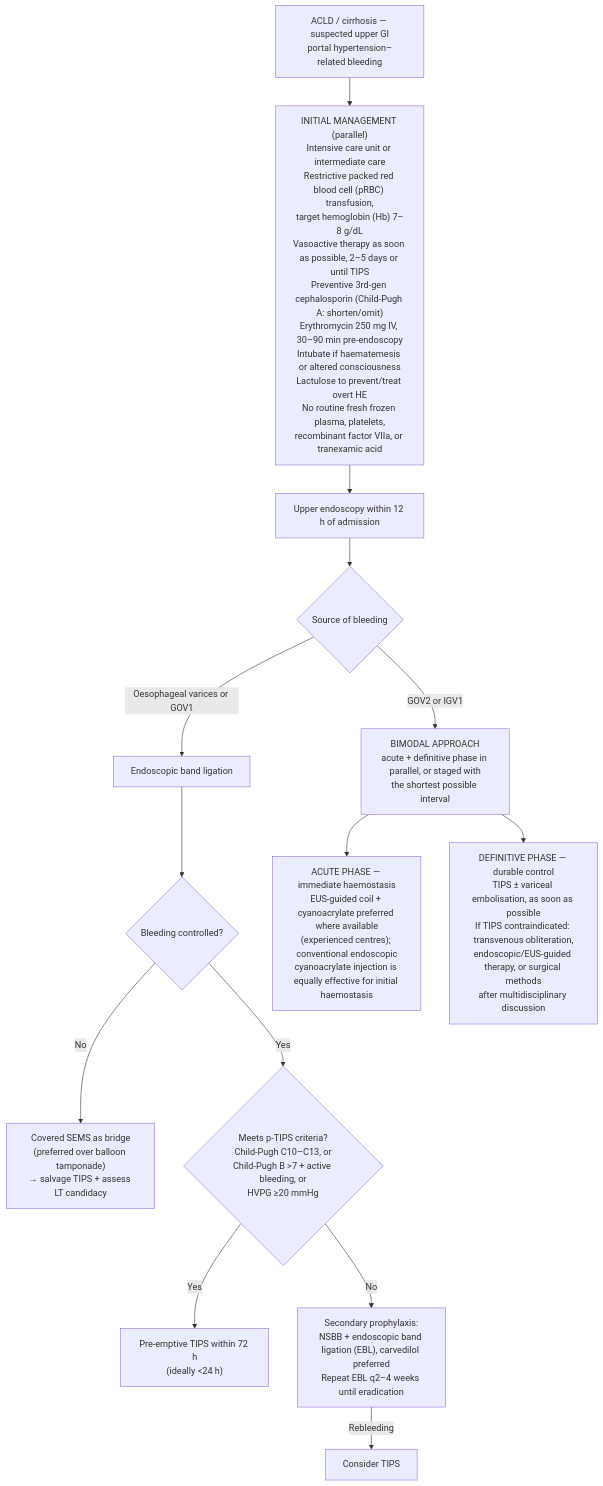
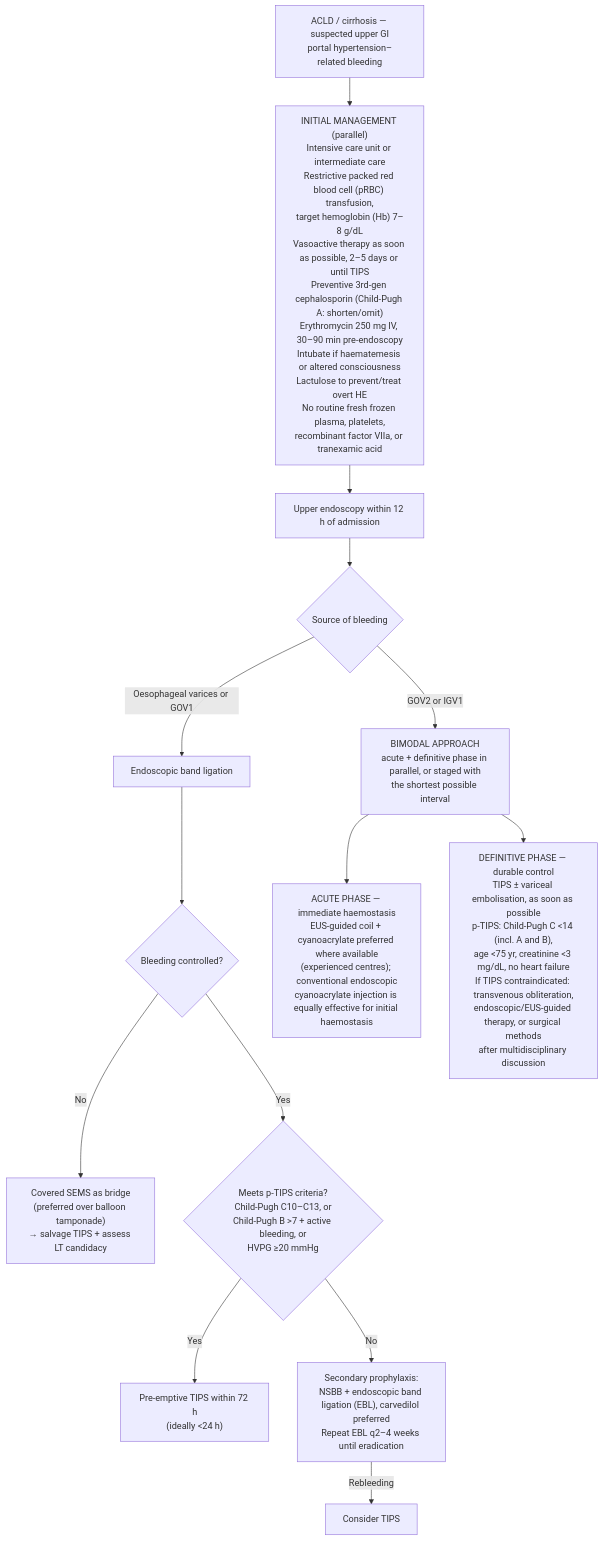
Before and after one commit to KHNickLeMD/KHNL-GI-Wiki: the first of 2 diagrams in KHNL-GI-Wiki/wiki/sources/baveno-viii-2026-portal-hypertension.md, drawn with Mermaid. The commit also changed other lines of this file and 21 other files, not shown here.

````diff
--- a/KHNL-GI-Wiki/wiki/sources/baveno-viii-2026-portal-hypertension.md
+++ b/KHNL-GI-Wiki/wiki/sources/baveno-viii-2026-portal-hypertension.md
@@ -635,16 +635,16 @@
 ```mermaid
 flowchart TD
     A["ACLD / cirrhosis — suspected upper GI<br/>portal hypertension–related bleeding"] --> B["INITIAL MANAGEMENT (parallel)<br/>Intensive care unit or intermediate care<br/>Restrictive packed red blood cell (pRBC) transfusion,<br/>target hemoglobin (Hb) 7–8 g/dL<br/>Vasoactive therapy as soon as possible, 2–5 days or until TIPS<br/>Preventive 3rd-gen cephalosporin (Child-Pugh A: shorten/omit)<br/>Erythromycin 250 mg IV, 30–90 min pre-endoscopy<br/>Intubate if haematemesis or altered consciousness<br/>Lactulose to prevent/treat overt HE<br/>No routine fresh frozen plasma, platelets,<br/>recombinant factor VIIa, or tranexamic acid"]
     B --> C["Upper endoscopy within 12 h of admission"]
     C --> D{"Source of bleeding"}
     D -->|"Oesophageal varices or GOV1"| E["Endoscopic band ligation"]
     D -->|"GOV2 or IGV1"| F["BIMODAL APPROACH<br/>acute + definitive phase in parallel, or staged with<br/>the shortest possible interval"]
     E --> G{"Bleeding controlled?"}
     G -->|"No"| H["Covered SEMS as bridge<br/>(preferred over balloon tamponade)<br/>→ salvage TIPS + assess LT candidacy"]
     G -->|"Yes"| I{"Meets p-TIPS criteria?<br/>Child-Pugh C10–C13, or<br/>Child-Pugh B >7 + active bleeding, or<br/>HVPG ≥20 mmHg"}
     I -->|"Yes"| J["Pre-emptive TIPS within 72 h<br/>(ideally <24 h)"]
     I -->|"No"| K["Secondary prophylaxis:<br/>NSBB + endoscopic band ligation (EBL), carvedilol preferred<br/>Repeat EBL q2–4 weeks until eradication"]
     K -->|"Rebleeding"| L["Consider TIPS"]
     F --> M["ACUTE PHASE — immediate haemostasis<br/>EUS-guided coil + cyanoacrylate preferred where available<br/>(experienced centres); conventional endoscopic<br/>cyanoacrylate injection is equally effective for initial haemostasis"]
-    F --> N["DEFINITIVE PHASE — durable control<br/>TIPS ± variceal embolisation, as soon as possible<br/>If TIPS contraindicated: transvenous obliteration,<br/>endoscopic/EUS-guided therapy, or surgical methods<br/>after multidisciplinary discussion"]
+    F --> N["DEFINITIVE PHASE — durable control<br/>TIPS ± variceal embolisation, as soon as possible<br/>p-TIPS: Child-Pugh C <14 (incl. A and B),<br/>age <75 yr, creatinine <3 mg/dL, no heart failure<br/>If TIPS contraindicated: transvenous obliteration,<br/>endoscopic/EUS-guided therapy, or surgical methods<br/>after multidisciplinary discussion"]
 ```
````
